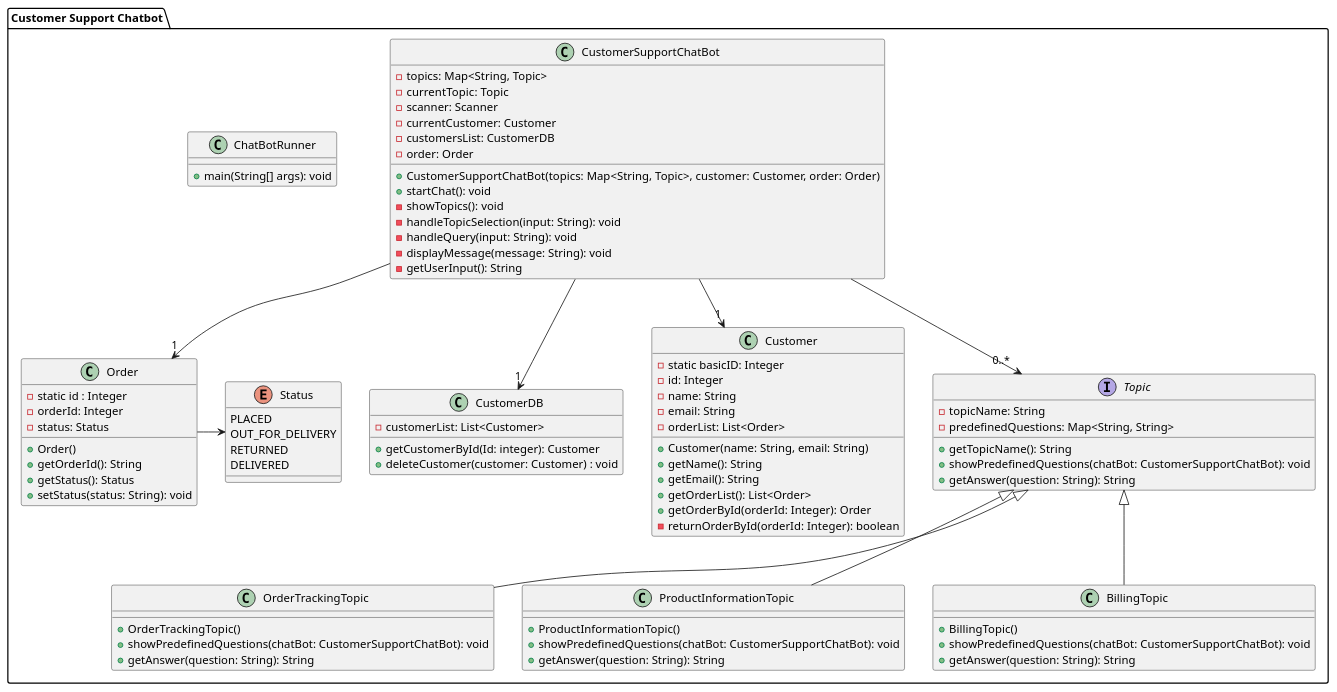
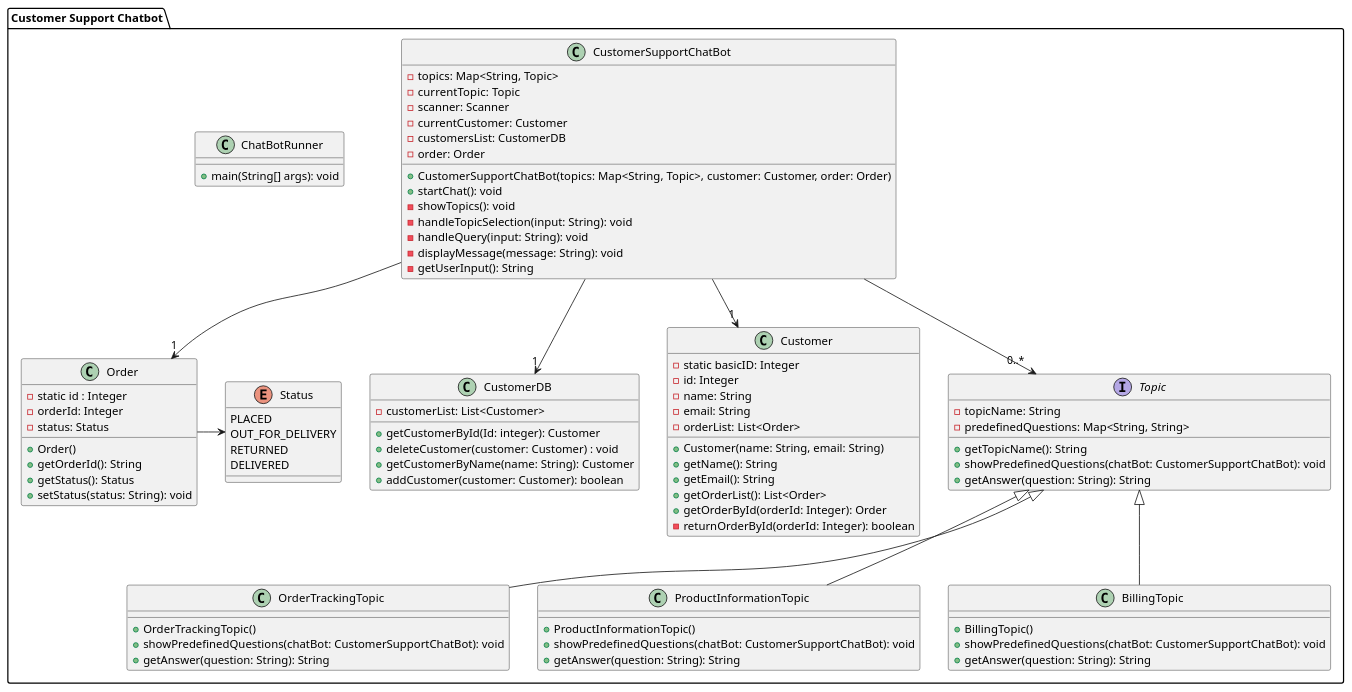
The diagram in UMLClassDiagram.puml (StudentsOnly/java-chatbot-project-team1), drawn with PlantUML before and after one commit.

```diff
--- a/UMLClassDiagram.puml
+++ b/UMLClassDiagram.puml
@@ -1,97 +1,99 @@
 @startuml
 
 package "Customer Support Chatbot" {
     class CustomerDB{
         - customerList: List<Customer>
         + getCustomerById(Id: integer): Customer
         + deleteCustomer(customer: Customer) : void
+        + getCustomerByName(name: String): Customer
+        + addCustomer(customer: Customer): boolean
     }
 
     class Customer {
         - static basicID: Integer
         - id: Integer
         - name: String
         - email: String
         - orderList: List<Order>
         + Customer(name: String, email: String)
         + getName(): String
         + getEmail(): String
         + getOrderList(): List<Order>
         + getOrderById(orderId: Integer): Order
         - returnOrderById(orderId: Integer): boolean
     }
 
   enum Status {
     PLACED
     OUT_FOR_DELIVERY
     RETURNED
     DELIVERED
   }
 
     class Order {
         - static id : Integer
         - orderId: Integer
         - status: Status
         + Order()
         + getOrderId(): String
         + getStatus(): Status
         + setStatus(status: String): void
     }
 
     interface Topic {
         - topicName: String
         - predefinedQuestions: Map<String, String>
         + getTopicName(): String
         + showPredefinedQuestions(chatBot: CustomerSupportChatBot): void
         + getAnswer(question: String): String
     }
 
     class OrderTrackingTopic {
         + OrderTrackingTopic()
         + showPredefinedQuestions(chatBot: CustomerSupportChatBot): void
         + getAnswer(question: String): String
     }
 
     class ProductInformationTopic {
         + ProductInformationTopic()
         + showPredefinedQuestions(chatBot: CustomerSupportChatBot): void
         + getAnswer(question: String): String
     }
 
     class BillingTopic {
         + BillingTopic()
         + showPredefinedQuestions(chatBot: CustomerSupportChatBot): void
         + getAnswer(question: String): String
     }
 
     class CustomerSupportChatBot {
         - topics: Map<String, Topic>
         - currentTopic: Topic
         - scanner: Scanner
         - currentCustomer: Customer
         - customersList: CustomerDB
         - order: Order
         + CustomerSupportChatBot(topics: Map<String, Topic>, customer: Customer, order: Order)
         + startChat(): void
         - showTopics(): void
         - handleTopicSelection(input: String): void
         - handleQuery(input: String): void
         - displayMessage(message: String): void
         - getUserInput(): String
     }
 
     class ChatBotRunner {
         + main(String[] args): void
     }
 
     Order ->  Status
     CustomerSupportChatBot --> "1" CustomerDB
     CustomerSupportChatBot --> "1" Customer
     CustomerSupportChatBot --> "1" Order
     CustomerSupportChatBot --> "0..*" Topic
     Topic <|-- OrderTrackingTopic
     Topic <|-- ProductInformationTopic
     Topic <|-- BillingTopic
 }
 
 @enduml
```
